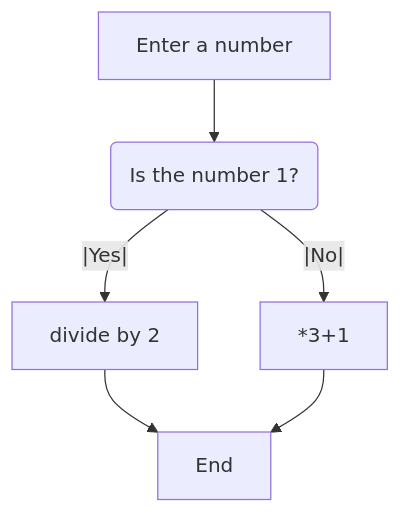
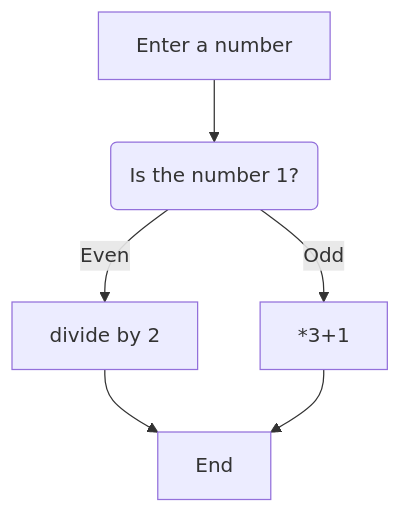
The second of 2 diagrams in README.md (PeeBs68/mywork), drawn with Mermaid before and after one commit.

Commit message:
Playing with mermaid for readme

````diff
--- a/README.md
+++ b/README.md
@@ -27,8 +27,8 @@
 ```mermaid
 flowchart TD;
     A[Enter a number] --> B(Is the number 1?);
-    B -- |Yes| --> C[divide by 2];
-    B -- |No| --> D[*3+1];
+    B -- Even --> C[divide by 2];
+    B -- Odd --> D[*3+1];
     C-->E[End];
     D-->E[End];
 ```
````
